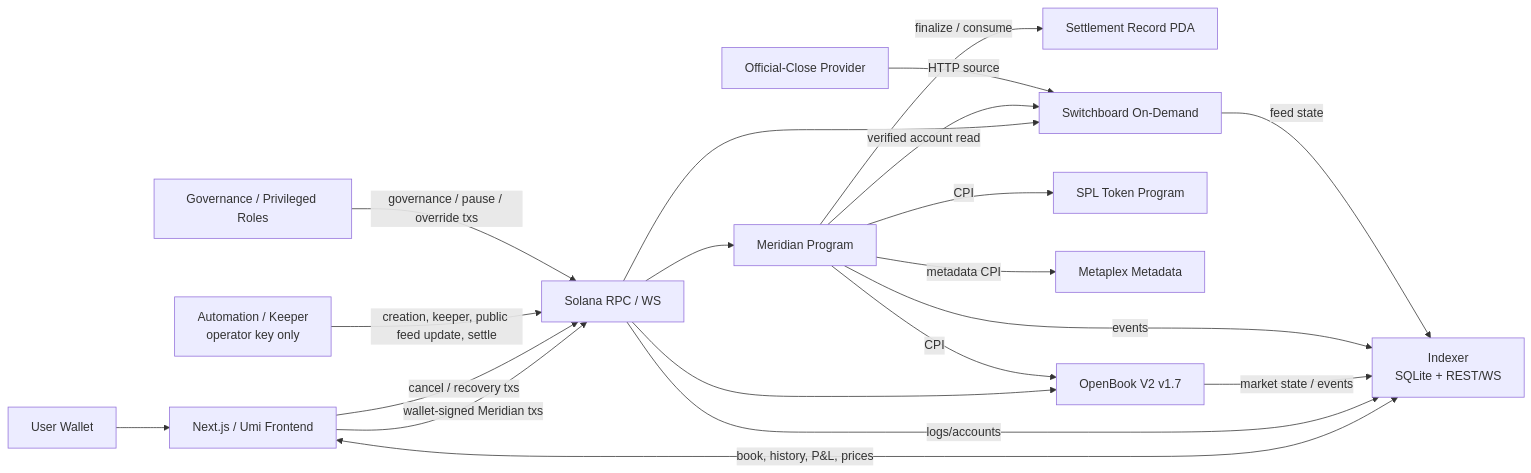
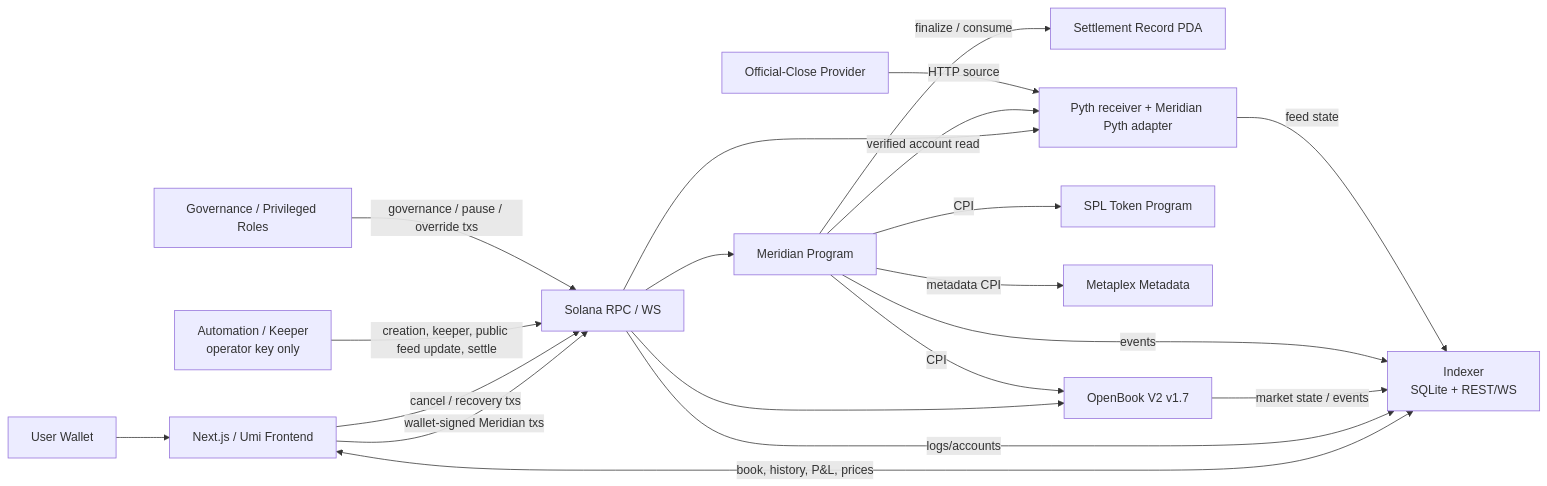
One commit to hyetigran/peak6_pm changed the first of 8 diagrams in docs/ARCHITECTURE.md. Above: the diagram before and after it, drawn with Mermaid. The commit also changed other lines of this file and 35 other files, not shown here.

````diff
--- a/docs/ARCHITECTURE.md
+++ b/docs/ARCHITECTURE.md
@@ -109,42 +109,42 @@
 ```mermaid
 flowchart LR
     U[User Wallet]
     FE[Next.js / Umi Frontend]
     IDX[Indexer<br/>SQLite + REST/WS]
     AUTO[Automation / Keeper<br/>operator key only]
     GOV[Governance / Privileged Roles]
     RPC[Solana RPC / WS]
 
     M[Meridian Program]
     SR[Settlement Record PDA]
     OB[OpenBook V2 v1.7]
     SPL[SPL Token Program]
     MPL[Metaplex Metadata]
-    SB[Switchboard On-Demand]
+    SB[Pyth receiver + Meridian Pyth adapter]
     PRICE[Official-Close Provider]
 
     U --> FE
     FE -->|wallet-signed Meridian txs| RPC
     FE -->|cancel / recovery txs| RPC
     FE <-->|book, history, P&L, prices| IDX
 
     AUTO -->|creation, keeper, public feed update, settle| RPC
     GOV -->|governance / pause / override txs| RPC
 
     RPC --> M
     RPC --> OB
     RPC --> SB
 
     M -->|CPI| OB
     M -->|CPI| SPL
     M -->|metadata CPI| MPL
     M -->|verified account read| SB
     M -->|finalize / consume| SR
 
     PRICE -->|HTTP source| SB
 
     RPC -->|logs/accounts| IDX
     OB -->|market state / events| IDX
     M -->|events| IDX
     SB -->|feed state| IDX
 ```
````
